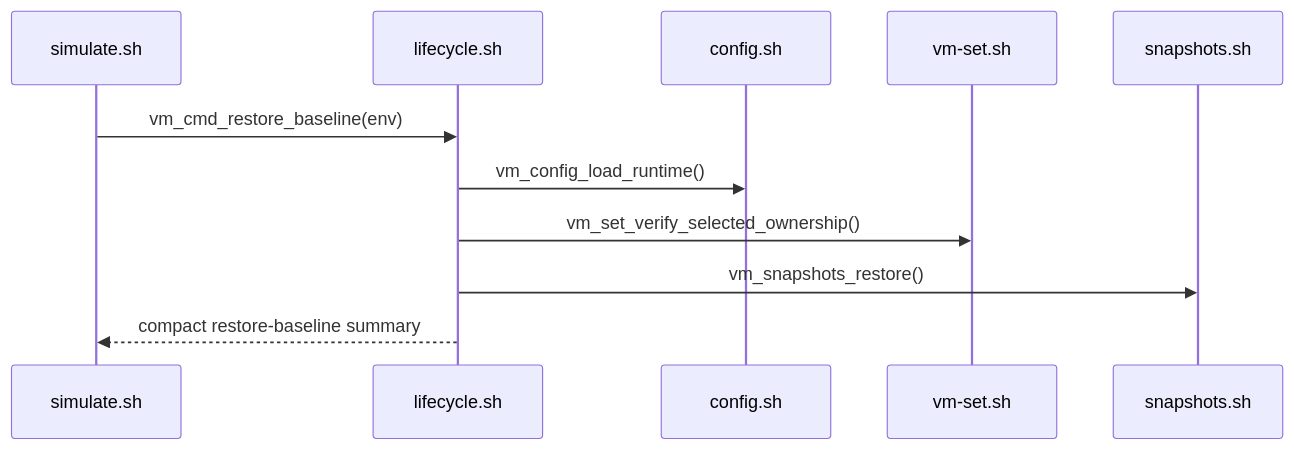
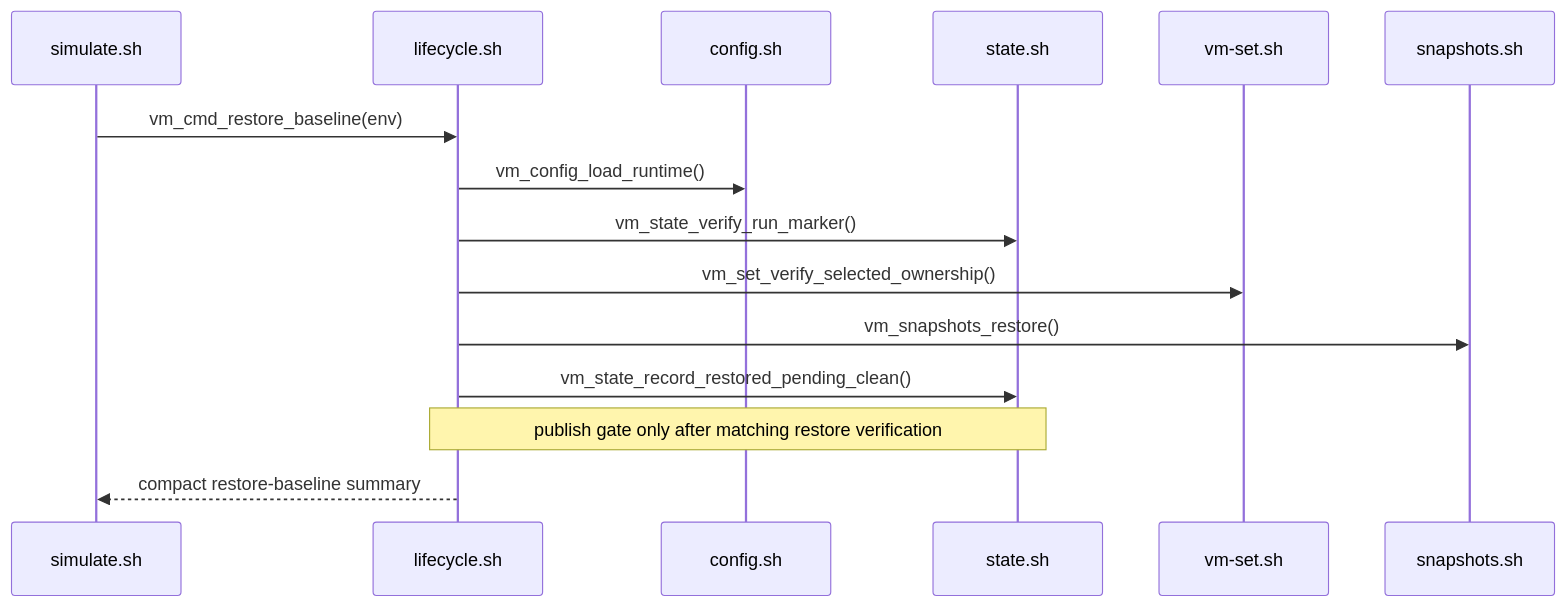
One commit to NoNine/loopforge changed diagram 17 of 20 in simulation/vm/docs/sequences.md. Above: the diagram before and after it, drawn with Mermaid. The commit also changed other lines of this file and 15 other files, not shown here.

````diff
--- a/simulation/vm/docs/sequences.md
+++ b/simulation/vm/docs/sequences.md
@@ -351,14 +356,18 @@
 ```mermaid
 sequenceDiagram
   participant CLI as simulate.sh
   participant LC as lifecycle.sh
   participant CFG as config.sh
+  participant ST as state.sh
   participant SET as vm-set.sh
   participant SNAP as snapshots.sh
 
   CLI->>LC: vm_cmd_restore_baseline(env)
   LC->>CFG: vm_config_load_runtime()
+  LC->>ST: vm_state_verify_run_marker()
   LC->>SET: vm_set_verify_selected_ownership()
   LC->>SNAP: vm_snapshots_restore()
+  LC->>ST: vm_state_record_restored_pending_clean()
+  Note over LC,ST: publish gate only after matching restore verification
   LC-->>CLI: compact restore-baseline summary
 ```
````
